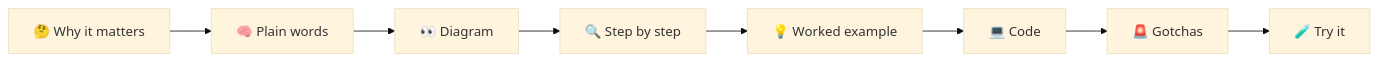
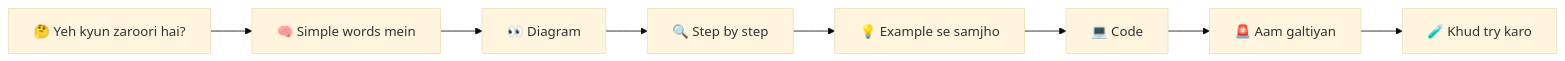
Before and after one commit to asmustechno/agentic-ai-notes: the diagram in README.md, drawn with Mermaid (base theme). The commit also changed other lines of this file and 135 other files, not shown here.

````diff
--- a/README.md
+++ b/README.md
@@ -43,5 +43,5 @@
 ```mermaid
 flowchart LR
-    A[🤔 Why it matters] --> B[🧠 Plain words] --> C[👀 Diagram] --> D[🔍 Step by step]
-    D --> E[💡 Worked example] --> F[💻 Code] --> G[🚨 Gotchas] --> H[🧪 Try it]
+    A["🤔 Yeh kyun zaroori hai?"] --> B[🧠 Simple words mein] --> C[👀 Diagram] --> D[🔍 Step by step]
+    D --> E[💡 Example se samjho] --> F[💻 Code] --> G[🚨 Aam galtiyan] --> H[🧪 Khud try karo]
 ```
````
